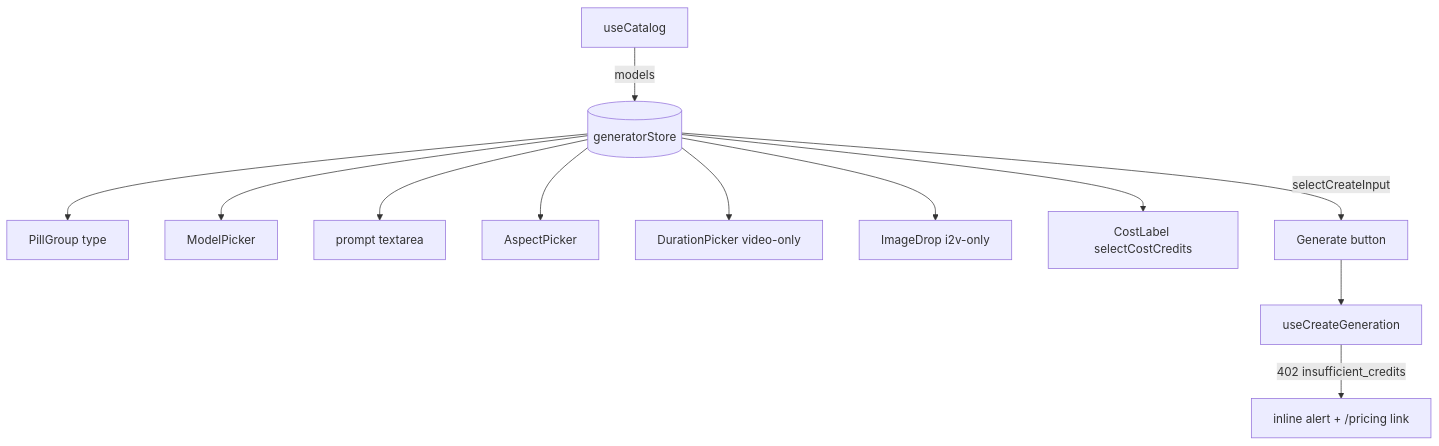
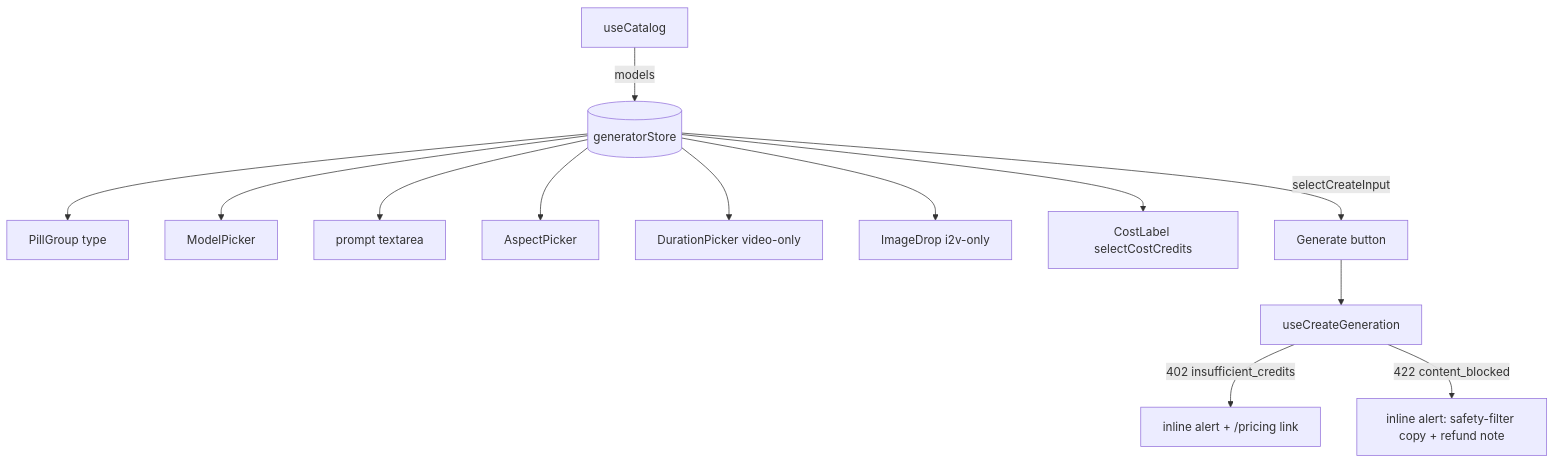
The diagram in apps/web/src/modules/Generator/components/GeneratorPanel.tsx.md (AzamatRaimbekov2/openCreate), drawn with Mermaid before and after one commit. The commit also changed other lines of this file and 20 other files, not shown here.

Commit message:
fix(api,web,contracts): respect the NSFW flag — content_blocked failure with refund, never store flagged assets, localized safety copy

````diff
--- a/apps/web/src/modules/Generator/components/GeneratorPanel.tsx.md
+++ b/apps/web/src/modules/Generator/components/GeneratorPanel.tsx.md
@@ -32,9 +34,10 @@
 ```mermaid
 flowchart TD
   UC[useCatalog] -->|models| ST[(generatorStore)]
   ST --> TT[PillGroup type] & MP[ModelPicker] & PR[prompt textarea] & AP[AspectPicker] & DP[DurationPicker video-only] & ID[ImageDrop i2v-only]
   ST --> CL[CostLabel selectCostCredits]
   ST -->|selectCreateInput| SUB[Generate button]
   SUB --> M[useCreateGeneration]
   M -->|402 insufficient_credits| BAN[inline alert + /pricing link]
+  M -->|422 content_blocked| SB[inline alert: safety-filter copy + refund note]
 ```
````
